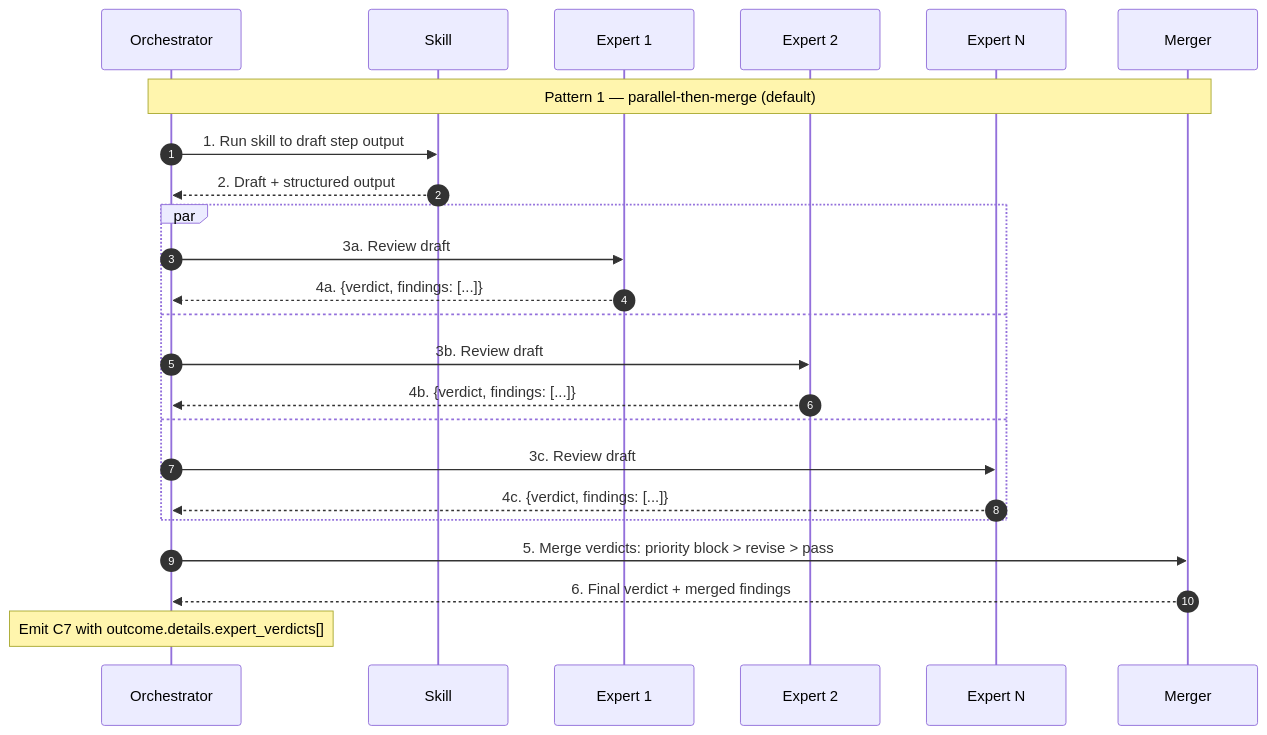
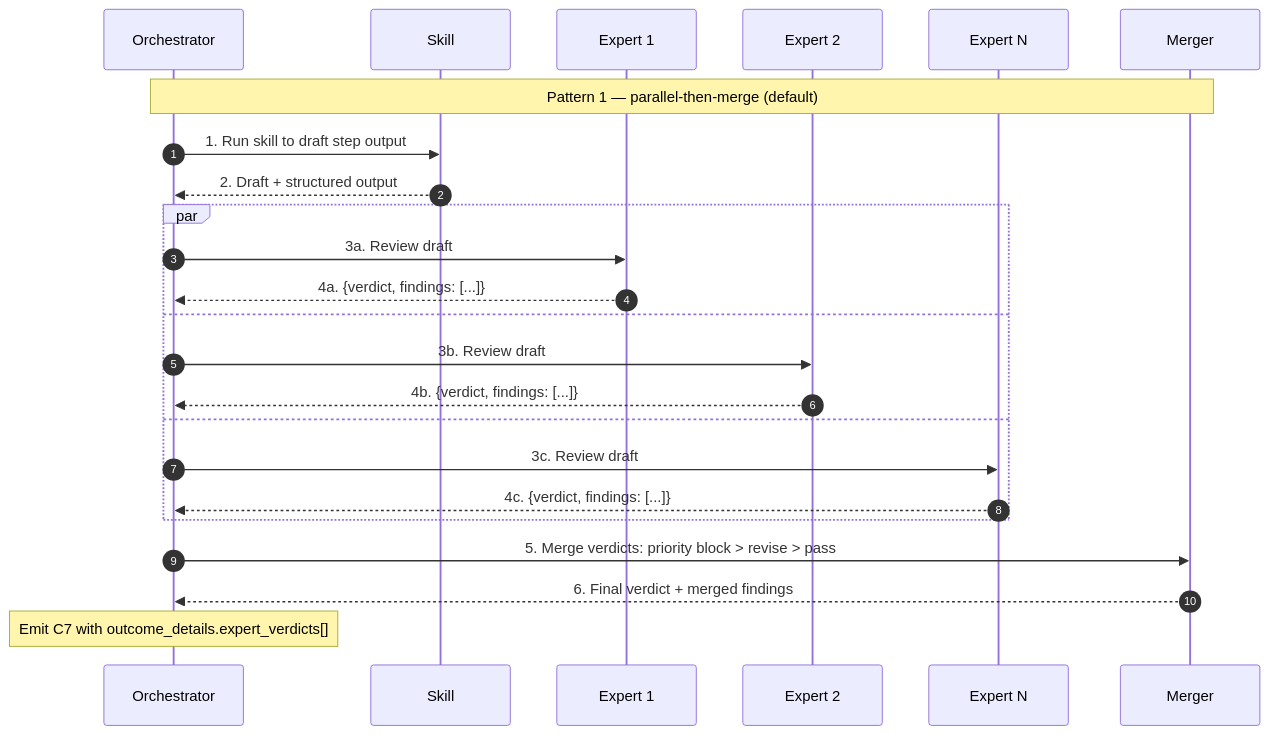
One commit to sbonoc/stackit-platform-blueprint changed the second of 2 diagrams in docs/blueprint/architecture/decisions/ADR-issue-364-expert-persona-model.md. Above: the diagram before and after it, drawn with Mermaid. The commit also changed other lines of this file and 27 other files, not shown here.

````diff
--- a/docs/blueprint/architecture/decisions/ADR-issue-364-expert-persona-model.md
+++ b/docs/blueprint/architecture/decisions/ADR-issue-364-expert-persona-model.md
@@ -234,27 +235,27 @@
 ```mermaid
 sequenceDiagram
     autonumber
     participant Orch as Orchestrator
     participant Sk as Skill
     participant E1 as Expert 1
     participant E2 as Expert 2
     participant En as Expert N
     participant Mrg as Merger
 
     Note over Orch,Mrg: Pattern 1 — parallel-then-merge (default)
     Orch->>Sk: 1. Run skill to draft step output
     Sk-->>Orch: 2. Draft + structured output
     par
         Orch->>E1: 3a. Review draft
         E1-->>Orch: 4a. {verdict, findings: [...]}
     and
         Orch->>E2: 3b. Review draft
         E2-->>Orch: 4b. {verdict, findings: [...]}
     and
         Orch->>En: 3c. Review draft
         En-->>Orch: 4c. {verdict, findings: [...]}
     end
     Orch->>Mrg: 5. Merge verdicts: priority block > revise > pass
     Mrg-->>Orch: 6. Final verdict + merged findings
-    Note over Orch: Emit C7 with outcome.details.expert_verdicts[]
+    Note over Orch: Emit C7 with outcome_details.expert_verdicts[]
 ```
````
